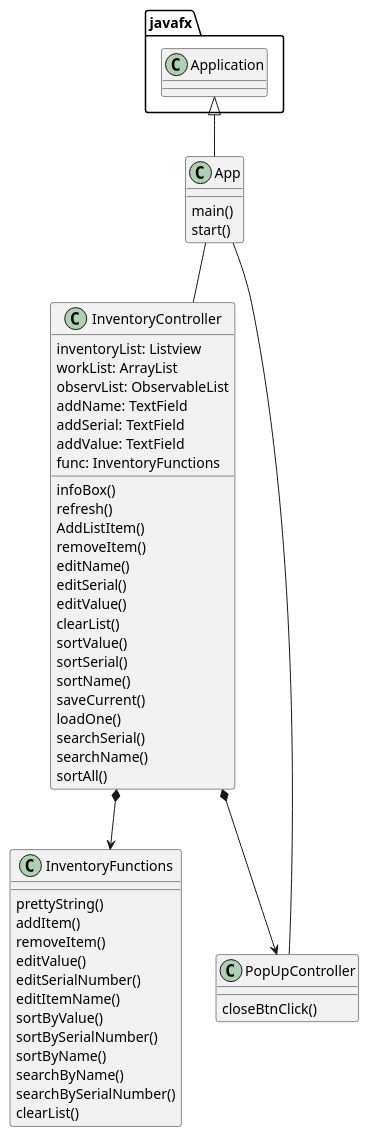
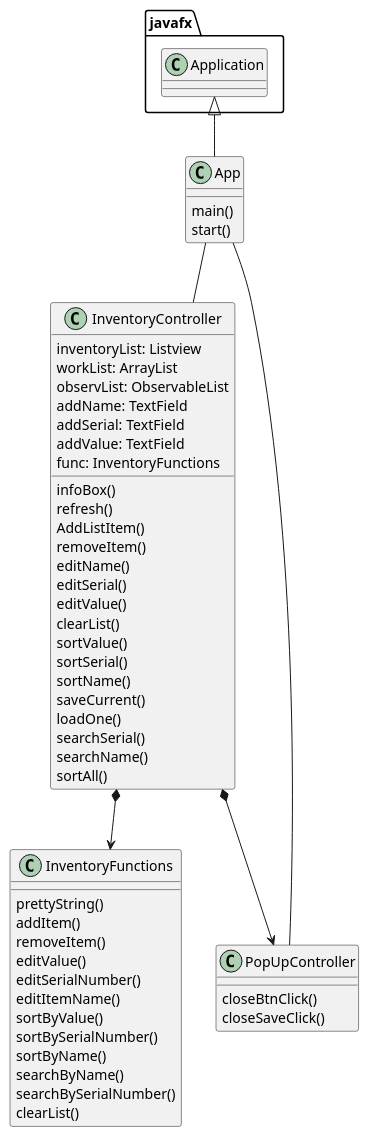
Before and after one commit to akwill47/weatherlow-3513-a5: the diagram in uml/App.puml, drawn with PlantUML. The commit also changed 1 other file, not shown here.

```diff
--- a/uml/App.puml
+++ b/uml/App.puml
@@ -1,66 +1,67 @@
 @startuml
 'https://plantuml.com/class-diagram
 
 class App{
 main()
 start()
 }
 
 
 class InventoryController{
 inventoryList: Listview
 workList: ArrayList
 observList: ObservableList
 addName: TextField
 addSerial: TextField
 addValue: TextField
 func: InventoryFunctions
 infoBox()
 refresh()
 AddListItem()
 removeItem()
 editName()
 editSerial()
 editValue()
 clearList()
 sortValue()
 sortSerial()
 sortName()
 saveCurrent()
 loadOne()
 searchSerial()
 searchName()
 sortAll()
 
 
 }
 
 class InventoryFunctions{
     prettyString()
     addItem()
     removeItem()
     editValue()
     editSerialNumber()
     editItemName()
     sortByValue()
     sortBySerialNumber()
     sortByName()
     searchByName()
     searchBySerialNumber()
     clearList()
 
 
 }
 
 class PopUpController{
 closeBtnClick()
+closeSaveClick()
 
 }
 javafx.Application <|-- App
 App -- InventoryController
 App -- PopUpController
 InventoryController *--> InventoryFunctions
 InventoryController *--> PopUpController
 
 
 @enduml
```
